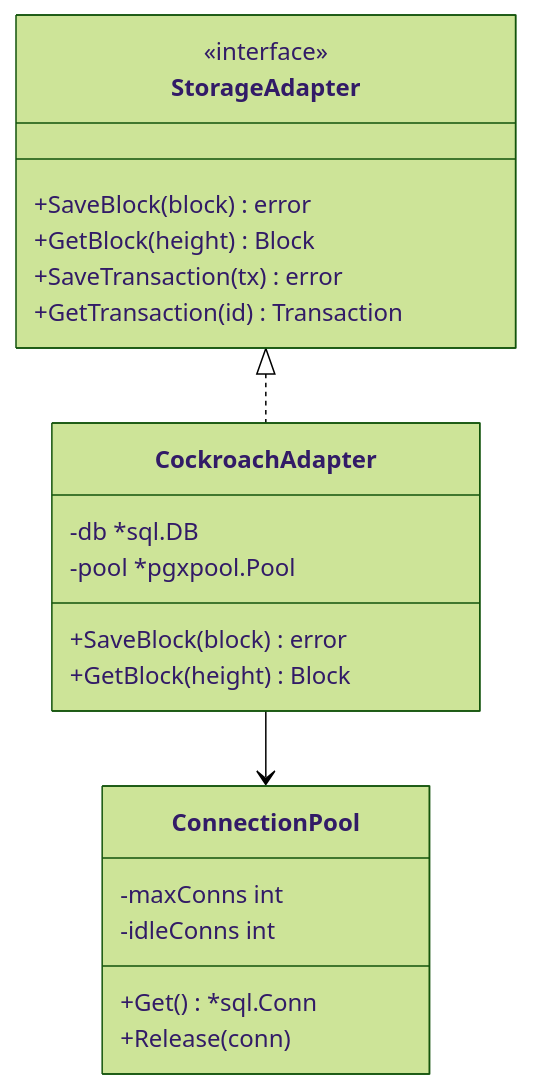
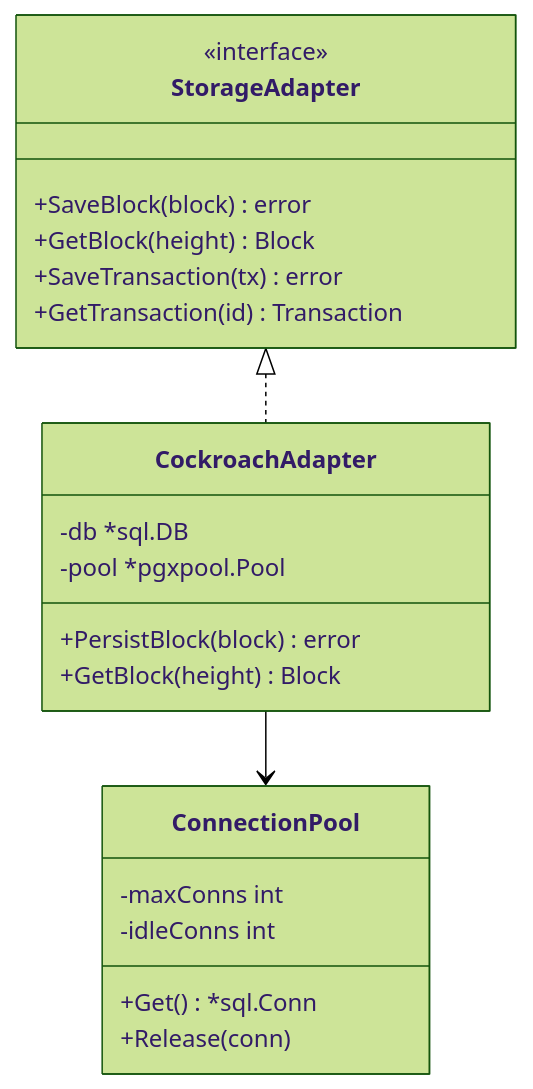
The tenth of 14 diagrams in docs/design/LLD-backend.md (EveShark/CyberMesh), drawn with Mermaid (forest theme) before and after one commit. The commit also changed other lines of this file and 13 other files, not shown here.

Commit message:
Update architecture and design documentation

````diff
--- a/docs/design/LLD-backend.md
+++ b/docs/design/LLD-backend.md
@@ -380,27 +380,27 @@
 ```mermaid
 classDiagram
     class StorageAdapter {
         <<interface>>
         +SaveBlock(block) error
         +GetBlock(height) Block
         +SaveTransaction(tx) error
         +GetTransaction(id) Transaction
     }
     
     class CockroachAdapter {
         -db *sql.DB
         -pool *pgxpool.Pool
-        +SaveBlock(block) error
+        +PersistBlock(block) error
         +GetBlock(height) Block
     }
     
     class ConnectionPool {
         -maxConns int
         -idleConns int
         +Get() *sql.Conn
         +Release(conn)
     }
     
     StorageAdapter <|.. CockroachAdapter
     CockroachAdapter --> ConnectionPool
 ```
````
